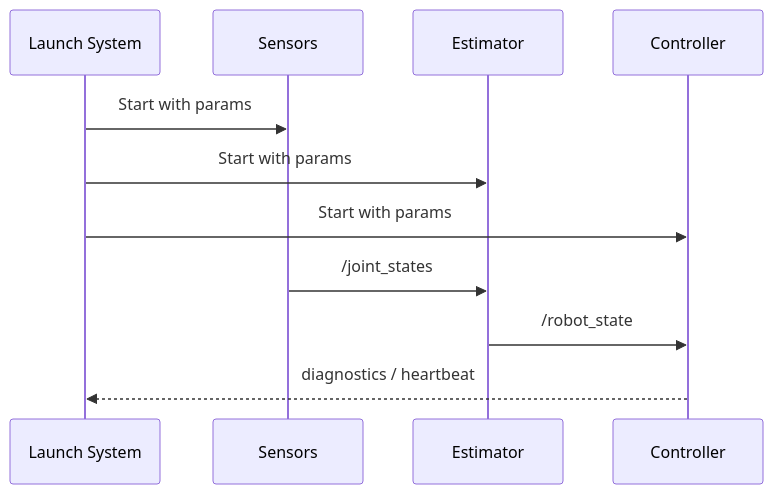
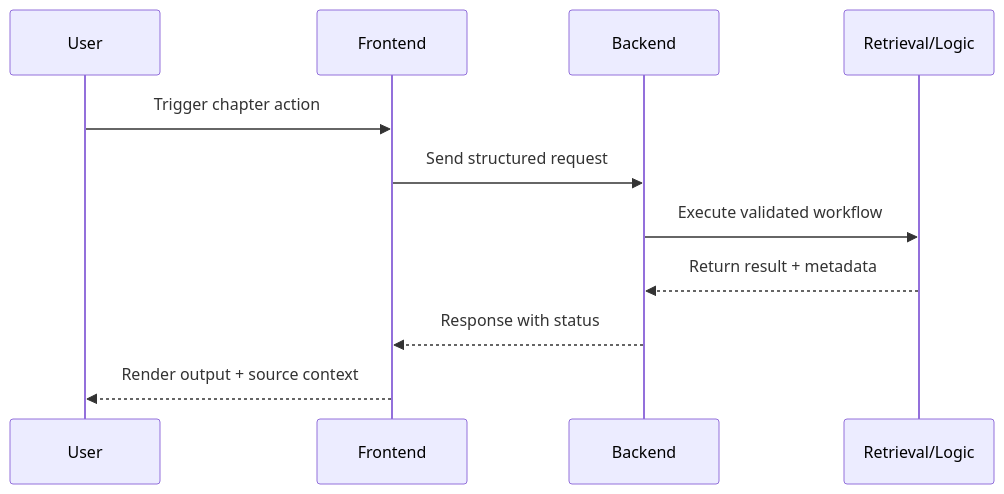
Before and after one commit to MariumAfzal2703/physical-ai-humanoid-robotics-textbook: the third of 3 diagrams in docs/module-1-ros2/launch-params-debugging.mdx, drawn with Mermaid. The commit also changed other lines of this file and 20 other files, not shown here.

````diff
--- a/docs/module-1-ros2/launch-params-debugging.mdx
+++ b/docs/module-1-ros2/launch-params-debugging.mdx
@@ -36,13 +116,13 @@
 ```mermaid
 sequenceDiagram
-  participant L as Launch System
-  participant S as Sensors
-  participant E as Estimator
-  participant C as Controller
-  L->>S: Start with params
-  L->>E: Start with params
-  L->>C: Start with params
-  S->>E: /joint_states
-  E->>C: /robot_state
-  C-->>L: diagnostics / heartbeat
+  participant U as User
+  participant UI as Frontend
+  participant API as Backend
+  participant R as Retrieval/Logic
+  U->>UI: Trigger chapter action
+  UI->>API: Send structured request
+  API->>R: Execute validated workflow
+  R-->>API: Return result + metadata
+  API-->>UI: Response with status
+  UI-->>U: Render output + source context
 ```
````
